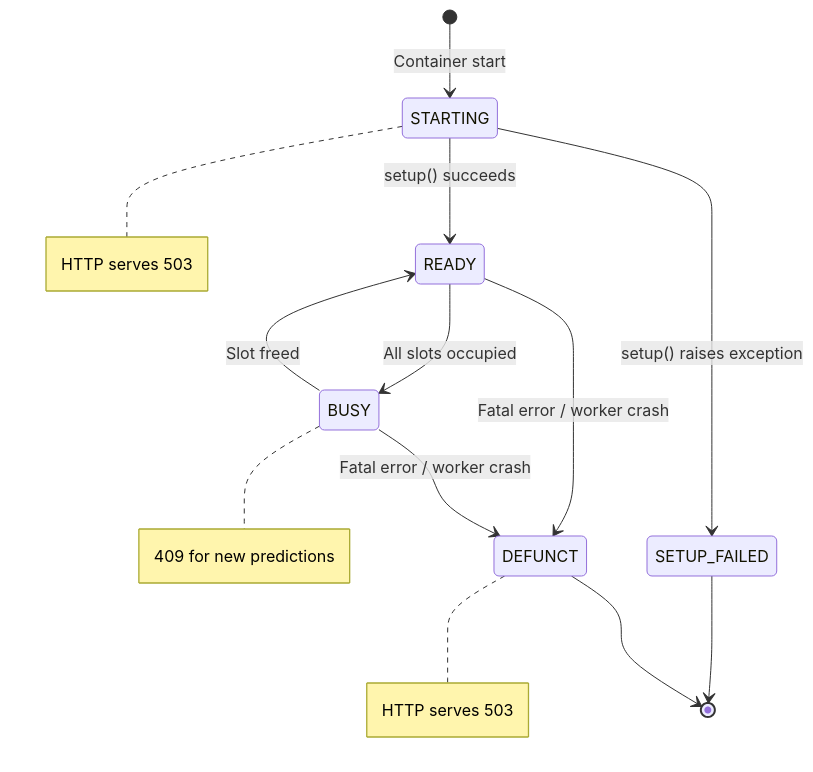
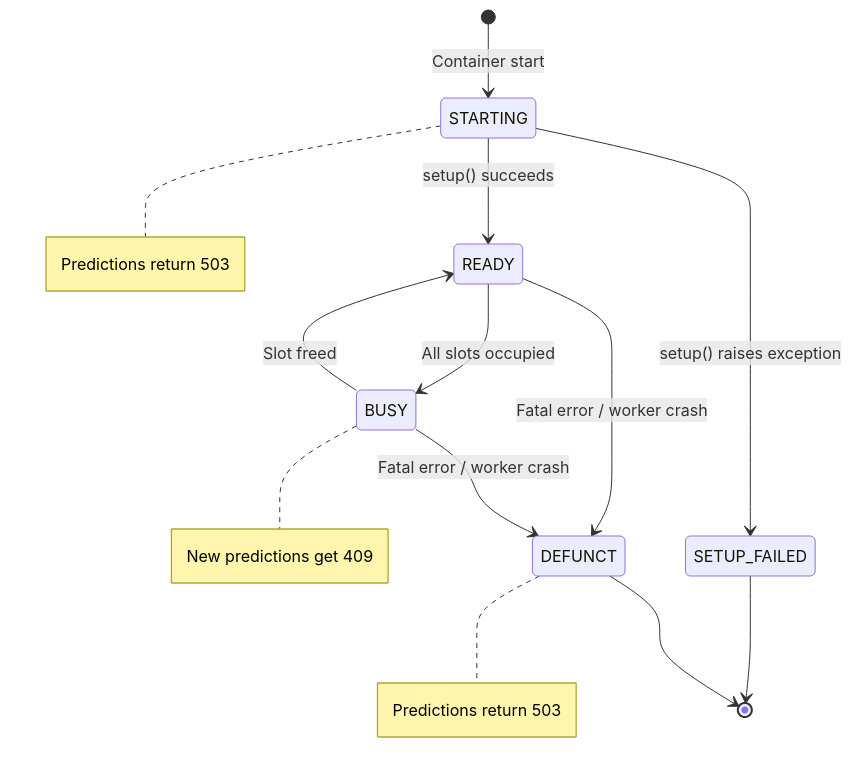
The first of 5 diagrams in architecture/ffi/04-container-runtime.md (replicate/cog), drawn with Mermaid before and after one commit. The commit also changed other lines of this file and 1 other file, not shown here.

````diff
--- a/architecture/ffi/04-container-runtime.md
+++ b/architecture/ffi/04-container-runtime.md
@@ -125,20 +125,20 @@
 ```mermaid
 stateDiagram-v2
     [*] --> STARTING: Container start
-    note right of STARTING: HTTP serves 503
+    note right of STARTING: Predictions return 503
     
     STARTING --> READY: setup() succeeds
     STARTING --> SETUP_FAILED: setup() raises exception
     
     READY --> BUSY: All slots occupied
-    note right of BUSY: 409 for new predictions
+    note right of BUSY: New predictions get 409
     
     BUSY --> READY: Slot freed
     
     READY --> DEFUNCT: Fatal error / worker crash
     BUSY --> DEFUNCT: Fatal error / worker crash
-    note right of DEFUNCT: HTTP serves 503
+    note right of DEFUNCT: Predictions return 503
     
     SETUP_FAILED --> [*]
     DEFUNCT --> [*]
 ```
````
